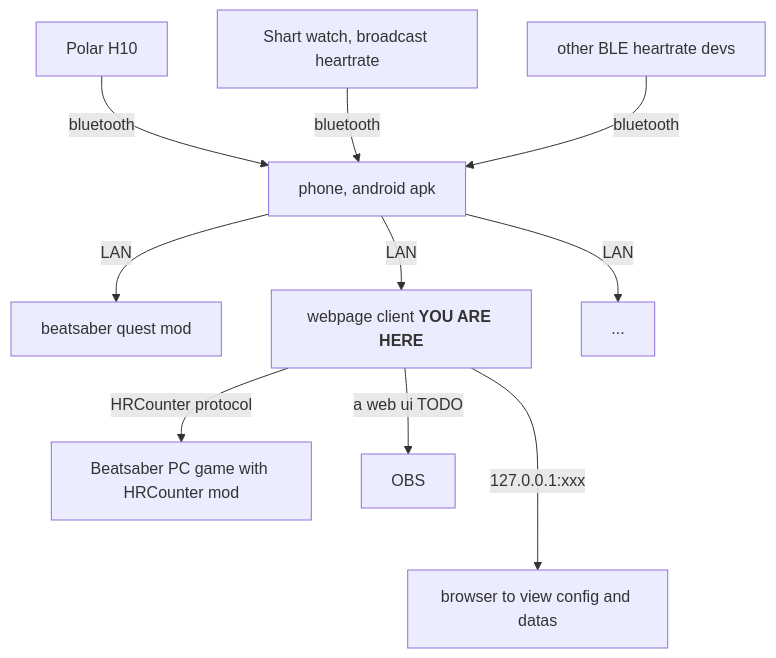
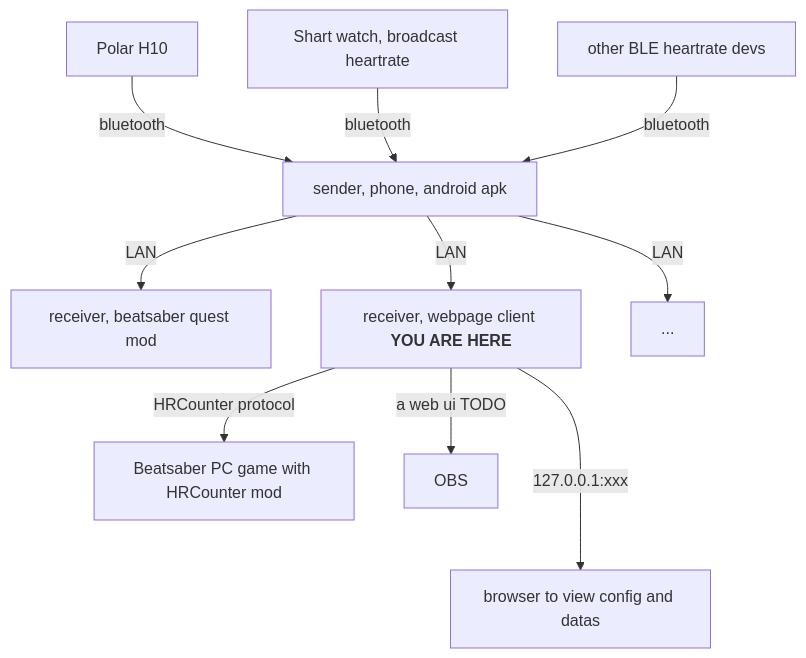
The diagram in README.md (frto027/HeartbeatLanClient), drawn with Mermaid before and after one commit. The commit also changed other lines of this file and 4 other files, not shown here.

````diff
--- a/README.md
+++ b/README.md
@@ -39,23 +39,23 @@
 ```mermaid
 graph TD;
     POLAR_H10[Polar H10]
     SMART_WATCH[Shart watch, broadcast heartrate]
     BLE_DEV[other BLE heartrate devs]
-    PHONE[phone, android apk]
-    BEATSABER[beatsaber quest mod]
-    PCAPP[webpage client <b>YOU ARE HERE</b>]
+    PHONE[sender, phone, android apk]
+    BEATSABER[receiver, beatsaber quest mod]
+    PCAPP[receiver, webpage client <b>YOU ARE HERE</b>]
     BEATSABER_PC[Beatsaber PC game with HRCounter mod]
     BROWSER[browser to view config and datas]
 
     POLAR_H10--bluetooth-->PHONE;
     SMART_WATCH--bluetooth-->PHONE;
     BLE_DEV--bluetooth-->PHONE;
     PHONE--LAN-->BEATSABER;
     PHONE--LAN-->PCAPP;
     PHONE--LAN-->...;
 
     PCAPP--127.0.0.1:xxxx-->BROWSER;
     PCAPP--HRCounter protocol-->BEATSABER_PC;
     PCAPP--a web ui TODO-->OBS
 
 ```
````
